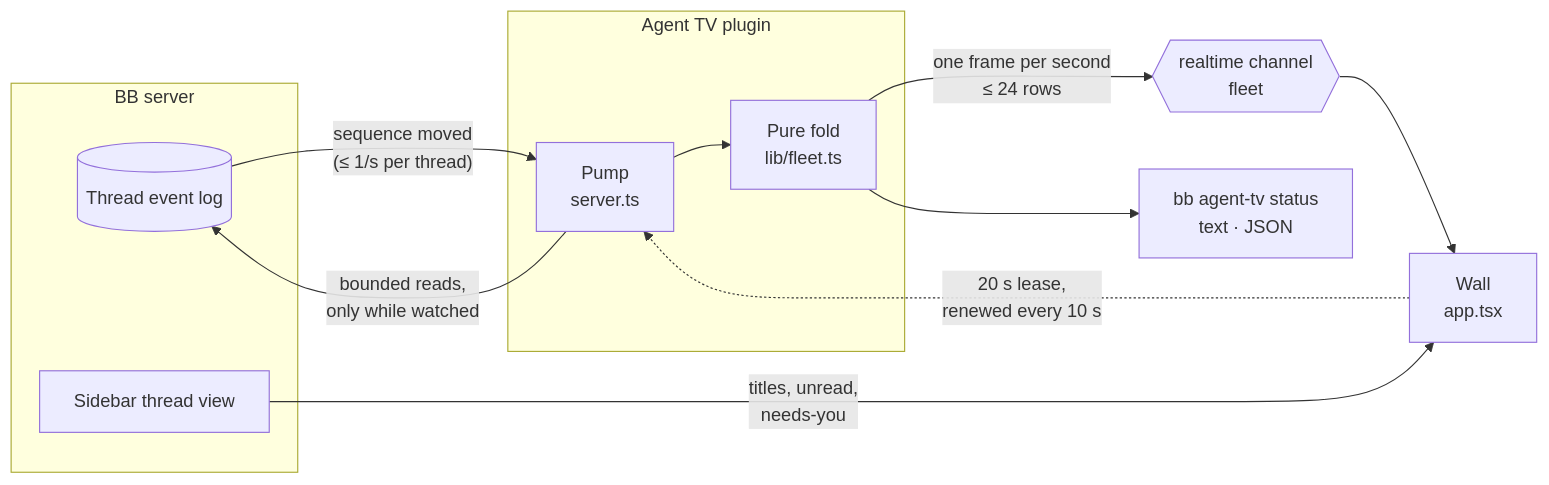
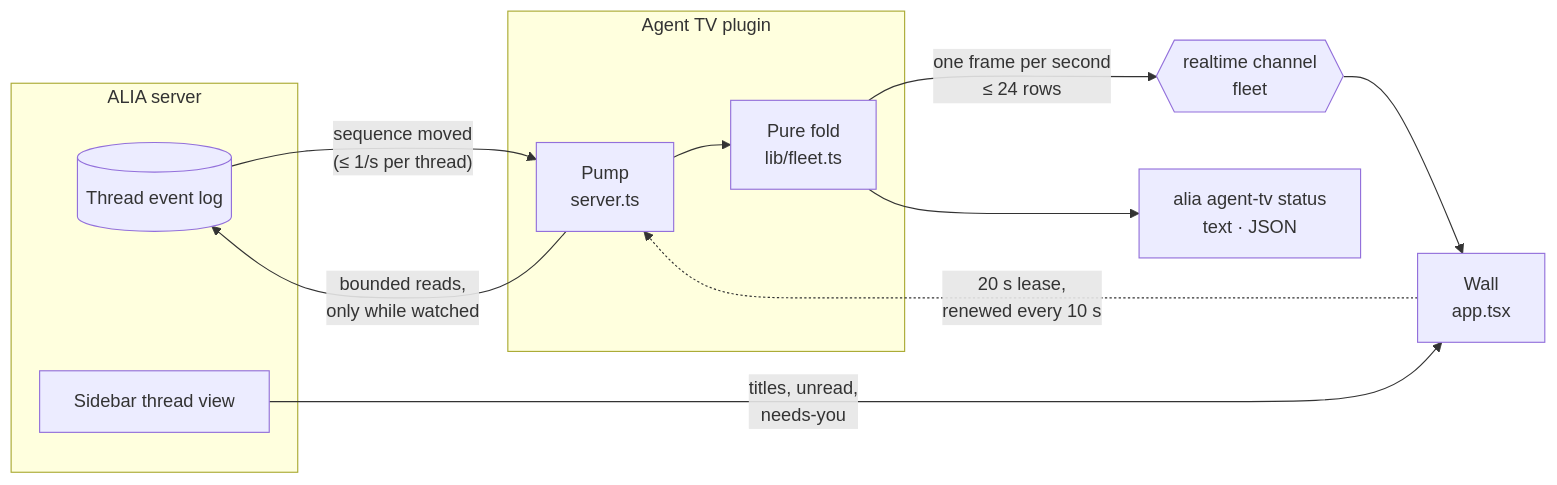
One commit to Vesnalia/vesnalia-plugins changed the diagram in plugins/agent-tv/README.md. Above: the diagram before and after it, drawn with Mermaid. The commit also changed other lines of this file and 13306 other files, not shown here.

````diff
--- a/plugins/agent-tv/README.md
+++ b/plugins/agent-tv/README.md
@@ -179,21 +179,21 @@
 ```mermaid
 flowchart LR
-  subgraph BB["BB server"]
+  subgraph ALIA["ALIA server"]
     LOG[("Thread event log")]
     SIDEBAR["Sidebar thread view"]
   end
 
   subgraph TV["Agent TV plugin"]
     PUMP["Pump<br/>server.ts"]
     FOLD["Pure fold<br/>lib/fleet.ts"]
   end
 
   LOG -- "sequence moved<br/>(≤ 1/s per thread)" --> PUMP
   PUMP -- "bounded reads,<br/>only while watched" --> LOG
   PUMP --> FOLD
   FOLD -- "one frame per second<br/>≤ 24 rows" --> CHANNEL{{"realtime channel<br/>fleet"}}
   CHANNEL --> WALL["Wall<br/>app.tsx"]
   SIDEBAR -- "titles, unread,<br/>needs-you" --> WALL
   WALL -. "20 s lease,<br/>renewed every 10 s" .-> PUMP
-  FOLD --> CLI["bb agent-tv status<br/>text · JSON"]
+  FOLD --> CLI["alia agent-tv status<br/>text · JSON"]
 ```
````
